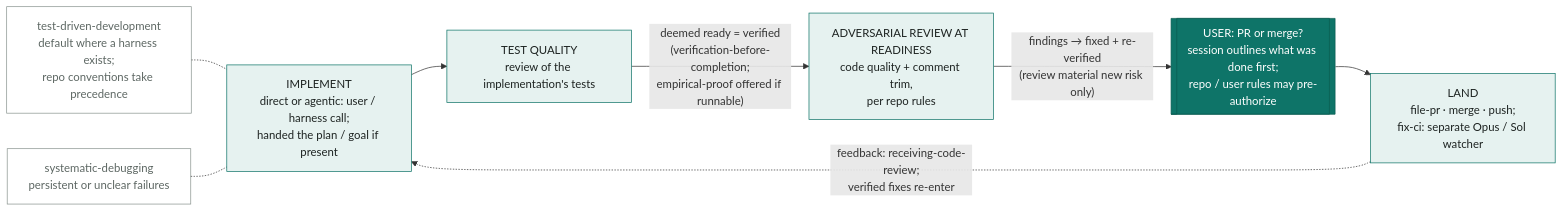
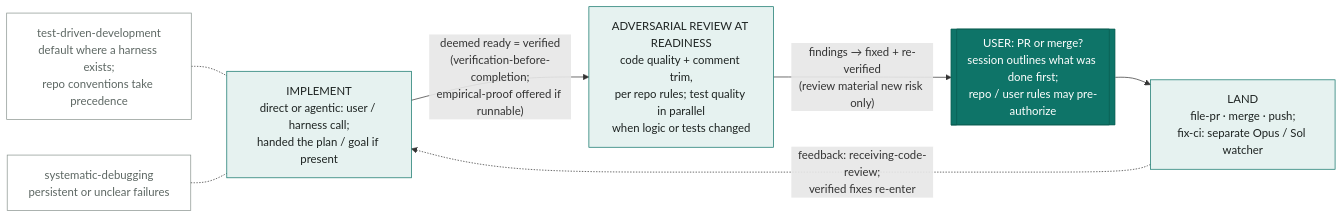
Before and after one commit to giostriquer/workshop: the second of 2 diagrams in docs/workbench-flow.md, drawn with Mermaid. The commit also changed 35 other files, not shown here.

First line of the commit message:
feat(workbench): pair the test-quality review with the adversarial review in 0.39.0

````diff
--- a/docs/workbench-flow.md
+++ b/docs/workbench-flow.md
@@ -40,21 +40,19 @@
 ```mermaid
 flowchart LR
     classDef gate fill:#0e7468,stroke:#0a5c52,color:#ffffff
     classDef stage fill:#e6f2f0,stroke:#0e7468,color:#1d2321
     classDef sat fill:none,stroke:#8a948f,color:#5d6763
 
     TDD["test-driven-development<br/>default where a harness exists;<br/>repo conventions take precedence"]:::sat -.- I
     SD["systematic-debugging<br/>persistent or unclear failures"]:::sat -.- I
 
     I["IMPLEMENT<br/>direct or agentic: user / harness call;<br/>handed the plan / goal if present"]:::stage
-    TQ["TEST QUALITY<br/>review of the implementation's tests"]:::stage
-    AR["ADVERSARIAL REVIEW AT READINESS<br/>code quality + comment trim,<br/>per repo rules"]:::stage
+    AR["ADVERSARIAL REVIEW AT READINESS<br/>code quality + comment trim,<br/>per repo rules; test quality in parallel<br/>when logic or tests changed"]:::stage
     OG[["USER: PR or merge?<br/>session outlines what was done first;<br/>repo / user rules may pre-authorize"]]:::gate
     L["LAND<br/>file-pr · merge · push;<br/>fix-ci: separate Opus / Sol watcher"]:::stage
 
-    I --> TQ
-    TQ -->|"deemed ready = verified<br/>(verification-before-completion;<br/>empirical-proof offered if runnable)"| AR
+    I -->|"deemed ready = verified<br/>(verification-before-completion;<br/>empirical-proof offered if runnable)"| AR
     AR -->|"findings → fixed + re-verified<br/>(review material new risk only)"| OG
     OG --> L
     L -.->|"feedback: receiving-code-review;<br/>verified fixes re-enter"| I
 ```
````
